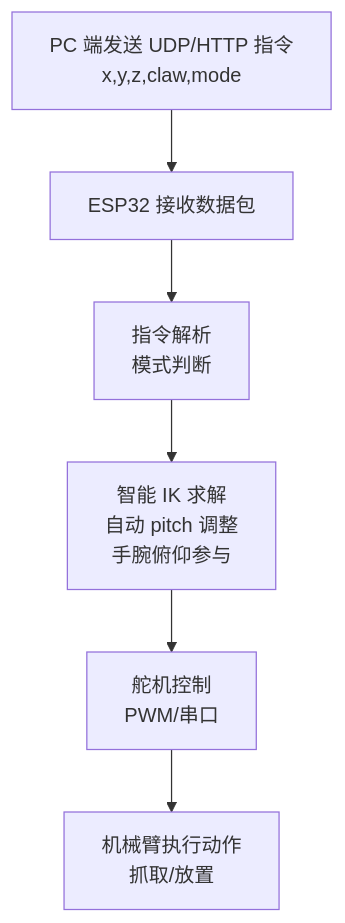
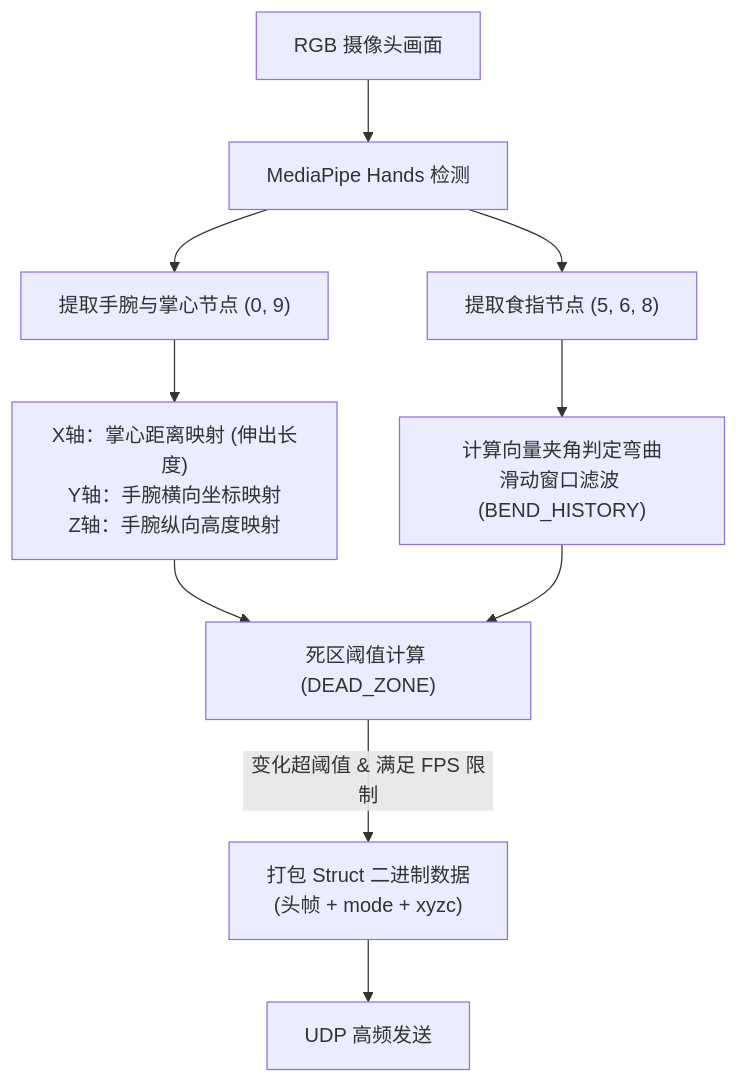
One commit to metaphordivine/LeArm-Vision-Gesture-Control changed the third of 3 diagrams in README.md. Above: the diagram before and after it, drawn with Mermaid. The commit also changed other lines of this file, not shown here.

````diff
--- a/README.md
+++ b/README.md
@@ -71,8 +80,14 @@
 ```mermaid
 flowchart TD
-    A1["PC 端发送 UDP/HTTP 指令<br>x,y,z,claw,mode"] --> A2["ESP32 接收数据包"]
-    A2 --> A3["指令解析<br>模式判断"]
-    A3 --> A4["智能 IK 求解<br>自动 pitch 调整<br>手腕俯仰参与"]
-    A4 --> A5["舵机控制<br>PWM/串口"]
-    A5 --> A6["机械臂执行动作<br>抓取/放置"]
+    B1["RGB 摄像头画面"] --> B2["MediaPipe Hands 检测"]
+    B2 --> B3["提取手腕与掌心节点 (0, 9)"]
+    
+    B3 --> B4["X轴：掌心距离映射 (伸出长度)<br>Y轴：手腕横向坐标映射<br>Z轴：手腕纵向高度映射"]
+    B2 --> B5["提取食指节点 (5, 6, 8)"]
+    B5 --> B6["计算向量夹角判定弯曲<br>滑动窗口滤波 (BEND_HISTORY)"]
+    
+    B4 --> B7["死区阈值计算 (DEAD_ZONE)"]
+    B6 --> B7
+    B7 -->|变化超阈值 & 满足 FPS 限制| B8["打包 Struct 二进制数据<br>(头帧 + mode + xyzc)"]
+    B8 --> B9["UDP 高频发送"]
 ```
````
